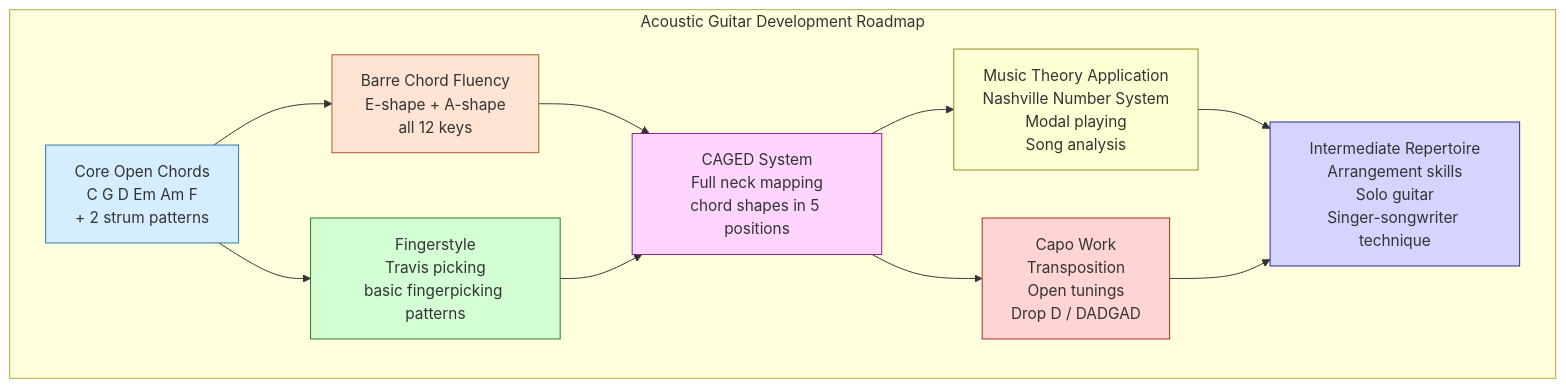
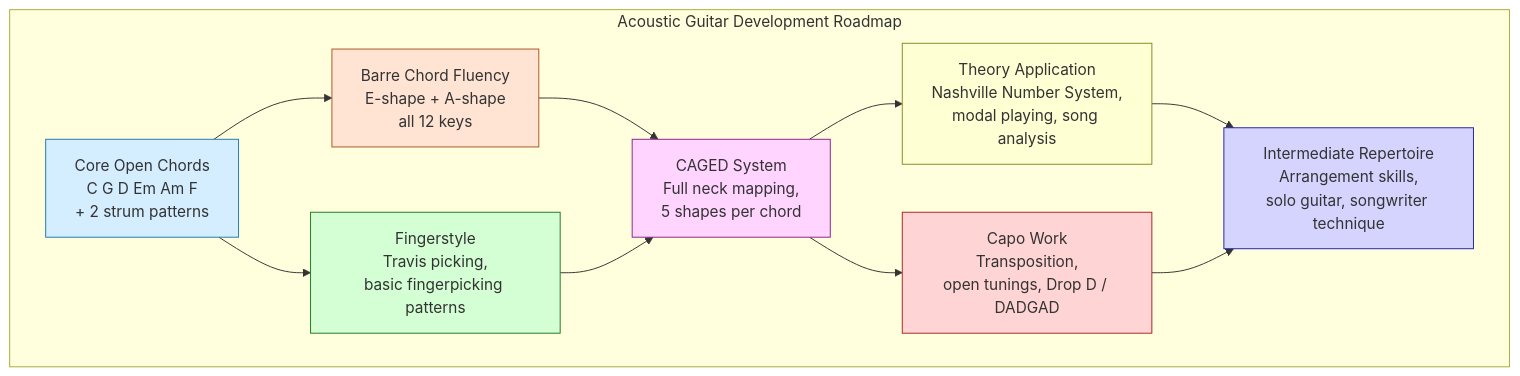
The sixth of 6 diagrams in topics/arts/music_performance/acoustic_guitar/lesson_02_chords_and_strumming.md (blebleblee/synapse), drawn with Mermaid before and after one commit. The commit also changed other lines of this file and 4 other files, not shown here.

````diff
--- a/topics/arts/music_performance/acoustic_guitar/lesson_02_chords_and_strumming.md
+++ b/topics/arts/music_performance/acoustic_guitar/lesson_02_chords_and_strumming.md
@@ -723,21 +634,21 @@
 ```mermaid
 graph TD
     subgraph sub_roadmap ["Acoustic Guitar Development Roadmap"]
-        A["Core Open Chords\nC G D Em Am F\n+ 2 strum patterns"] --> B["Barre Chord Fluency\nE-shape + A-shape\nall 12 keys"]
-        A --> C["Fingerstyle\nTravis picking\nbasic fingerpicking patterns"]
-        B --> D["CAGED System\nFull neck mapping\nchord shapes in 5 positions"]
+        A["Core Open Chords<br/>C G D Em Am F<br/>+ 2 strum patterns"] --> B["Barre Chord Fluency<br/>E-shape + A-shape<br/>all 12 keys"]
+        A --> C["Fingerstyle<br/>Travis picking,<br/>basic fingerpicking patterns"]
+        B --> D["CAGED System<br/>Full neck mapping,<br/>5 shapes per chord"]
         C --> D
-        D --> E["Music Theory Application\nNashville Number System\nModal playing\nSong analysis"]
-        D --> F["Capo Work\nTransposition\nOpen tunings\nDrop D / DADGAD"]
-        E --> G["Intermediate Repertoire\nArrangement skills\nSolo guitar\nSinger-songwriter technique"]
+        D --> E["Theory Application<br/>Nashville Number System,<br/>modal playing, song analysis"]
+        D --> F["Capo Work<br/>Transposition,<br/>open tunings, Drop D / DADGAD"]
+        E --> G["Intermediate Repertoire<br/>Arrangement skills,<br/>solo guitar, songwriter technique"]
         F --> G
     end
 
     style A fill:#d4eeff,stroke:#2277aa
     style B fill:#ffe4d4,stroke:#aa5522
     style C fill:#d4ffd4,stroke:#227722
     style D fill:#ffd4ff,stroke:#882288
     style E fill:#ffffd4,stroke:#888822
     style F fill:#ffd4d4,stroke:#aa2222
     style G fill:#d4d4ff,stroke:#2222aa
 ```
````
